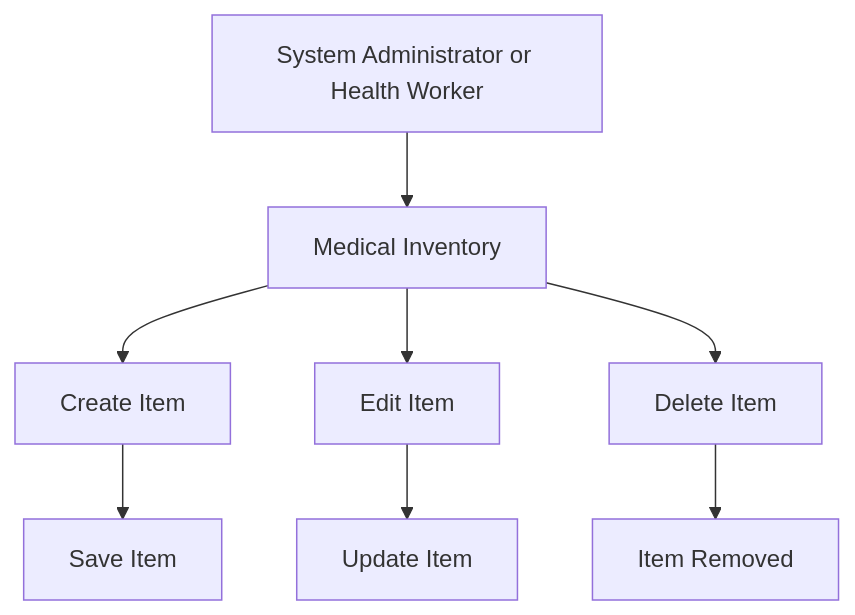
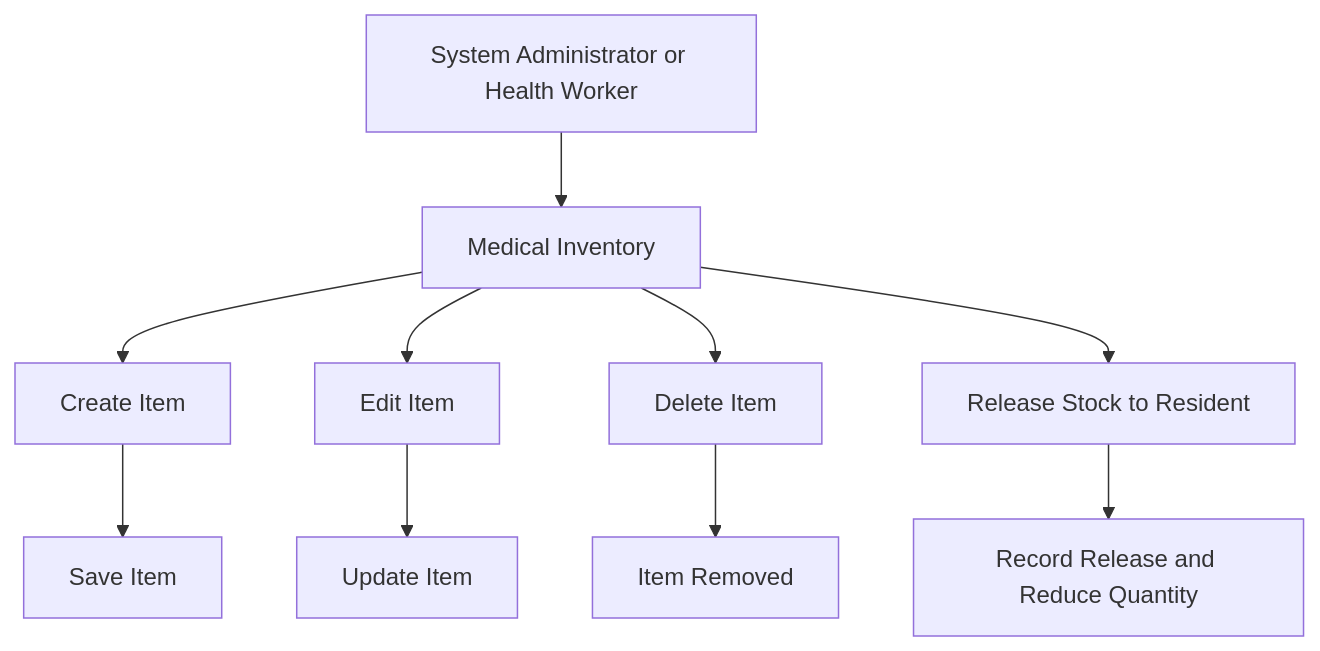
Before and after one commit to Jayrick-Malinao/EWebsite: the eighth of 18 diagrams in README.md, drawn with Mermaid. The commit also changed other lines of this file and 12 other files, not shown here.

````diff
--- a/README.md
+++ b/README.md
@@ -210,10 +232,12 @@
 ```mermaid
 flowchart TD
     Authorized["System Administrator or Health Worker"] --> Inventory["Medical Inventory"]
     Inventory --> CreateItem["Create Item"]
     Inventory --> EditItem["Edit Item"]
     Inventory --> DeleteItem["Delete Item"]
+    Inventory --> StockOut["Release Stock to Resident"]
     CreateItem --> SaveItem["Save Item"]
     EditItem --> UpdateItem["Update Item"]
     DeleteItem --> Removed["Item Removed"]
+    StockOut --> Transaction["Record Release and Reduce Quantity"]
 ```
````
